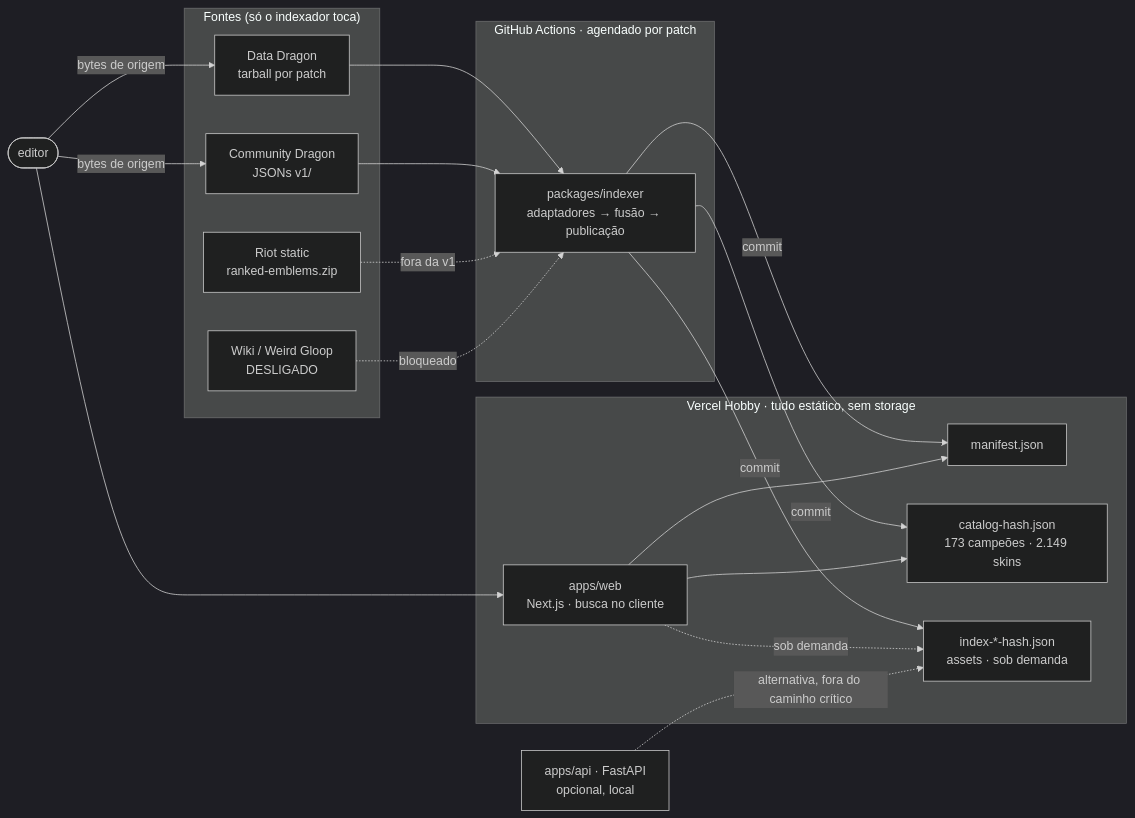
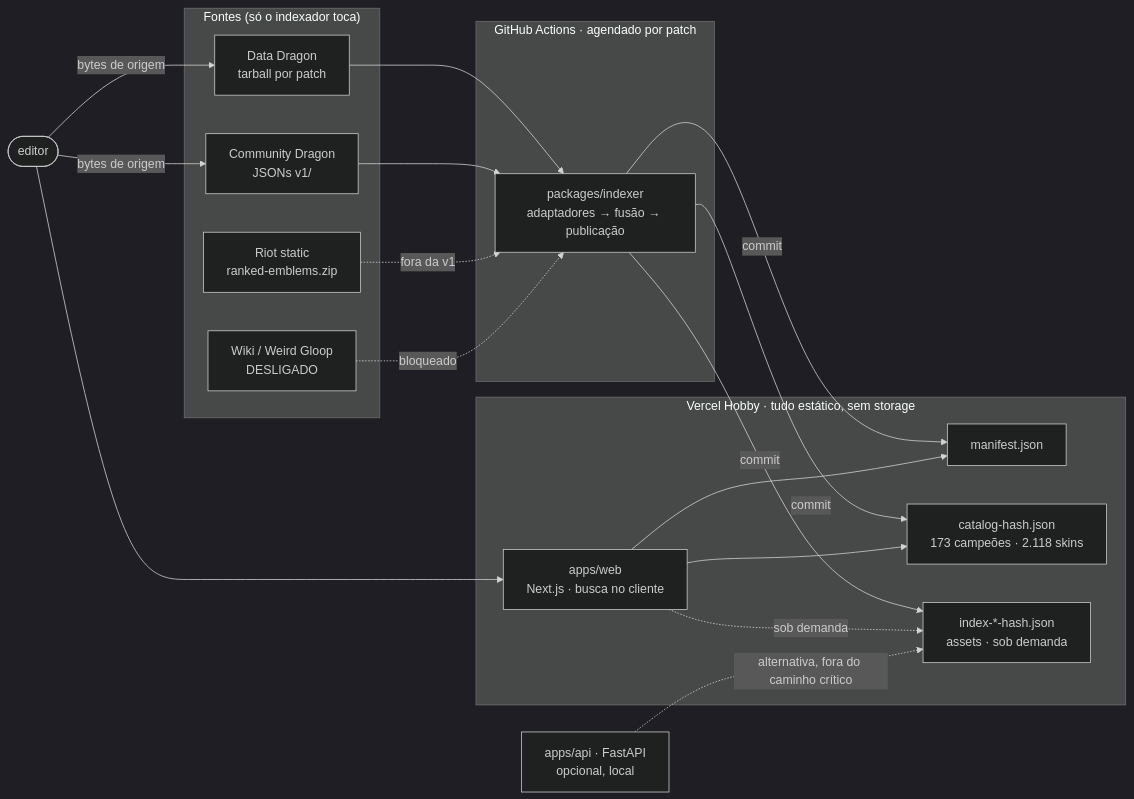
One commit to NihonCodingg/PROJETO-ASSETS-LOL changed the first of 4 diagrams in docs/SPEC.md. Above: the diagram before and after it, drawn with Mermaid (dark theme). The commit also changed other lines of this file and 7 other files, not shown here.

````diff
--- a/docs/SPEC.md
+++ b/docs/SPEC.md
@@ -143,35 +143,35 @@
 ```mermaid
 flowchart LR
     subgraph fontes["Fontes (só o indexador toca)"]
         DD[Data Dragon<br/>tarball por patch]
         CD[Community Dragon<br/>JSONs v1/]
         RS[Riot static<br/>ranked-emblems.zip]
         WK[Wiki / Weird Gloop<br/>DESLIGADO]
     end
 
     subgraph ci["GitHub Actions · agendado por patch"]
         IDX[packages/indexer<br/>adaptadores → fusão → publicação]
     end
 
     subgraph vercel["Vercel Hobby · tudo estático, sem storage"]
         WEB[apps/web<br/>Next.js · busca no cliente]
         MAN[manifest.json]
-        CAT["catalog-hash.json<br/>173 campeões · 2.149 skins"]
+        CAT["catalog-hash.json<br/>173 campeões · 2.118 skins"]
         SHARD["index-*-hash.json<br/>assets · sob demanda"]
     end
 
     USER([editor])
 
     DD --> IDX
     CD --> IDX
     RS -. fora da v1 .-> IDX
     WK -. bloqueado .-> IDX
     IDX -->|commit| MAN & CAT & SHARD
     USER --> WEB
     WEB --> MAN & CAT
     WEB -. sob demanda .-> SHARD
     USER -->|bytes de origem| DD & CD
 
     API[apps/api · FastAPI<br/>opcional, local]
     API -.->|alternativa, fora do caminho crítico| SHARD
 ```
````
